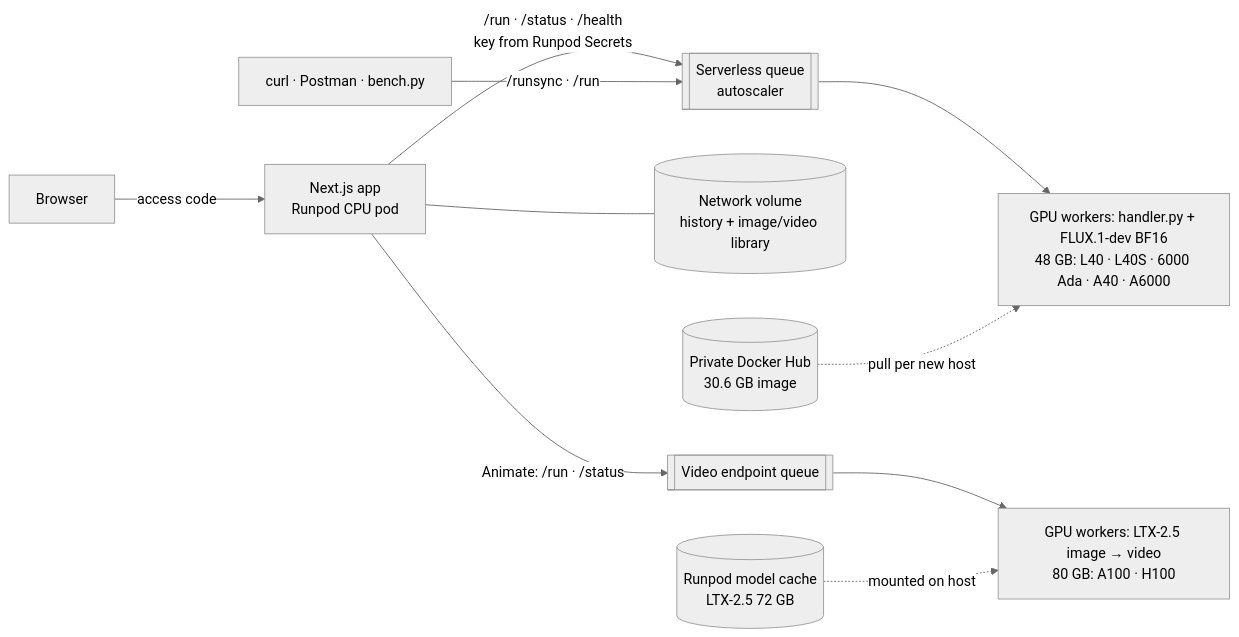
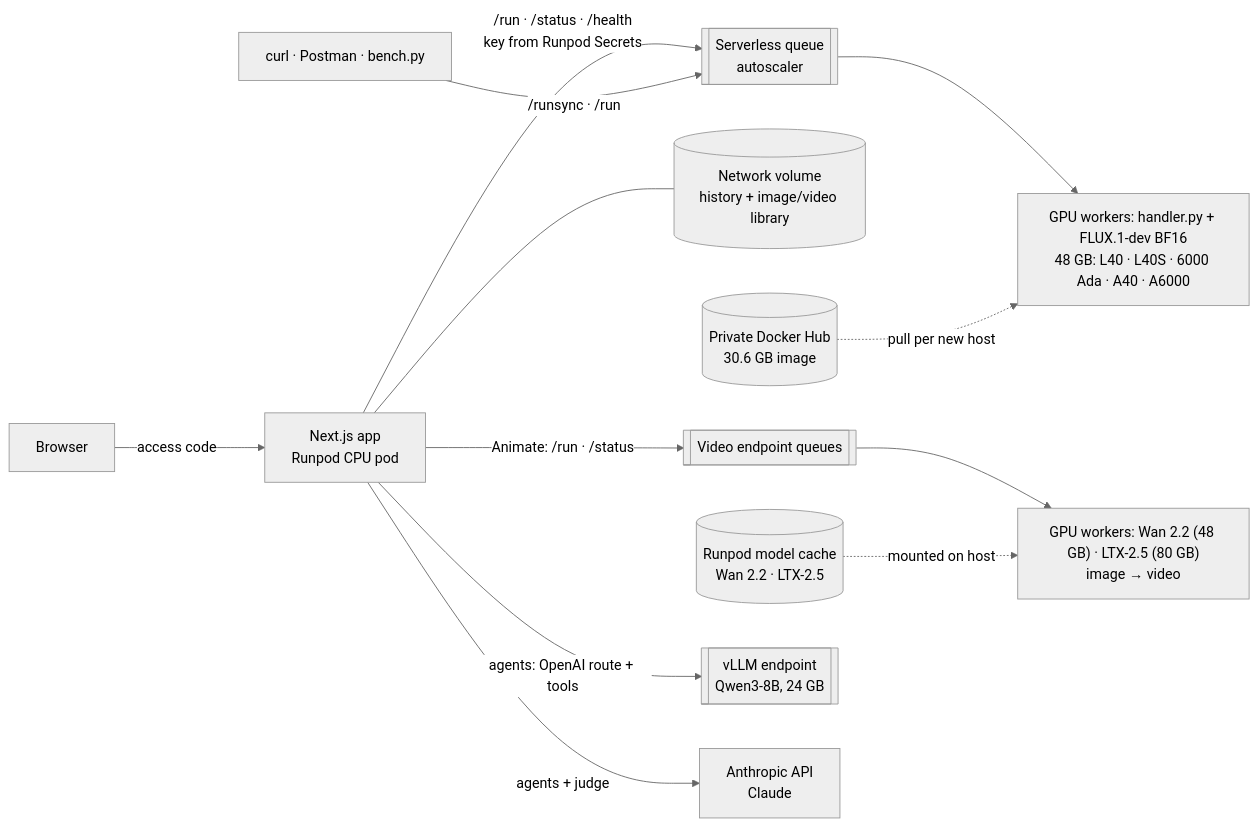
The diagram in README.md (ibrahimnd2000/runpod-flux-studio), drawn with Mermaid (neutral theme) before and after one commit. The commit also changed other lines of this file, not shown here.

Commit message:
README: Wan/LTX clip results, orchestration (pipelines, agents, battleground) with measured runs, new platform notes, test suite

````diff
--- a/README.md
+++ b/README.md
@@ -198,12 +260,14 @@
 ```mermaid
 flowchart LR
     B[Browser] -->|access code| A["Next.js app<br/>Runpod CPU pod"]
     A -->|"/run · /status · /health<br/>key from Runpod Secrets"| Q[[Serverless queue<br/>autoscaler]]
     C[curl · Postman · bench.py] -->|"/runsync · /run"| Q
     Q --> W["GPU workers: handler.py + FLUX.1-dev BF16<br/>48 GB: L40 · L40S · 6000 Ada · A40 · A6000"]
     A --- V[("Network volume<br/>history + image/video library")]
     R[(Private Docker Hub<br/>30.6 GB image)] -.->|pull per new host| W
-    A -->|"Animate: /run · /status"| VQ[[Video endpoint queue]]
-    VQ --> VW["GPU workers: LTX-2.5 image → video<br/>80 GB: A100 · H100"]
-    MC[(Runpod model cache<br/>LTX-2.5 72 GB)] -.->|mounted on host| VW
+    A -->|"Animate: /run · /status"| VQ[[Video endpoint queues]]
+    VQ --> VW["GPU workers: Wan 2.2 (48 GB) · LTX-2.5 (80 GB)<br/>image → video"]
+    MC[(Runpod model cache<br/>Wan 2.2 · LTX-2.5)] -.->|mounted on host| VW
+    A -->|"agents: OpenAI route + tools"| LQ[[vLLM endpoint<br/>Qwen3-8B, 24 GB]]
+    A -->|"agents + judge"| AN[Anthropic API<br/>Claude]
 ```
````
